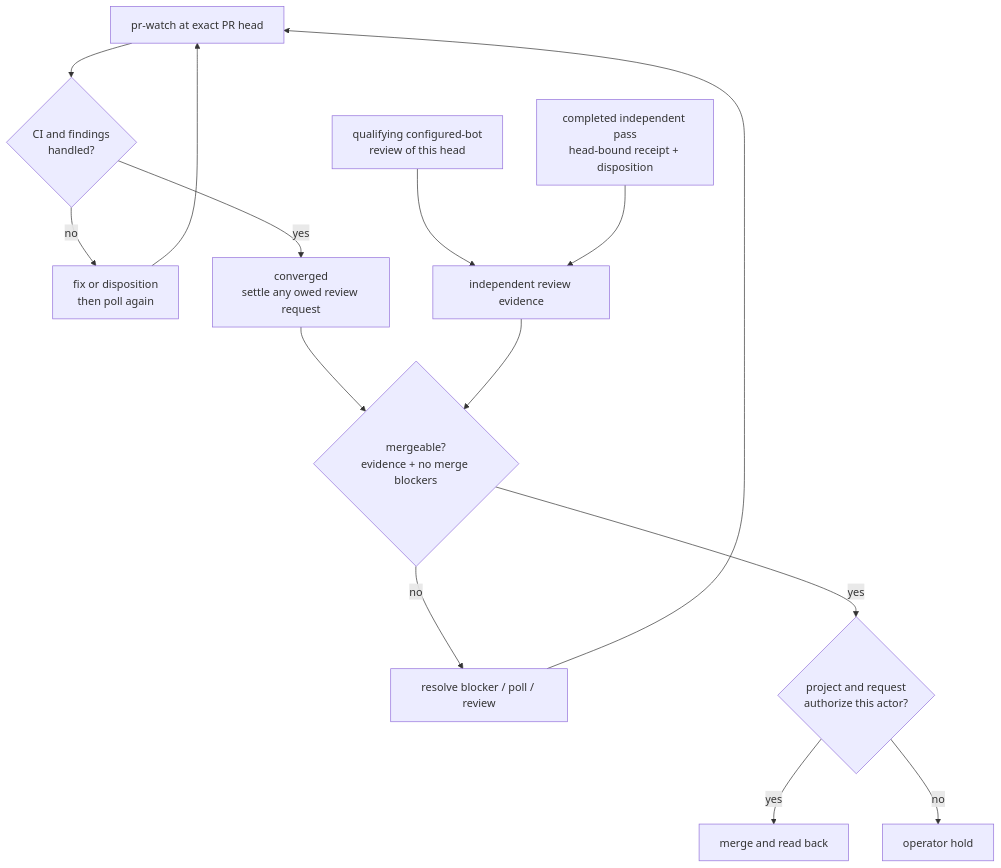
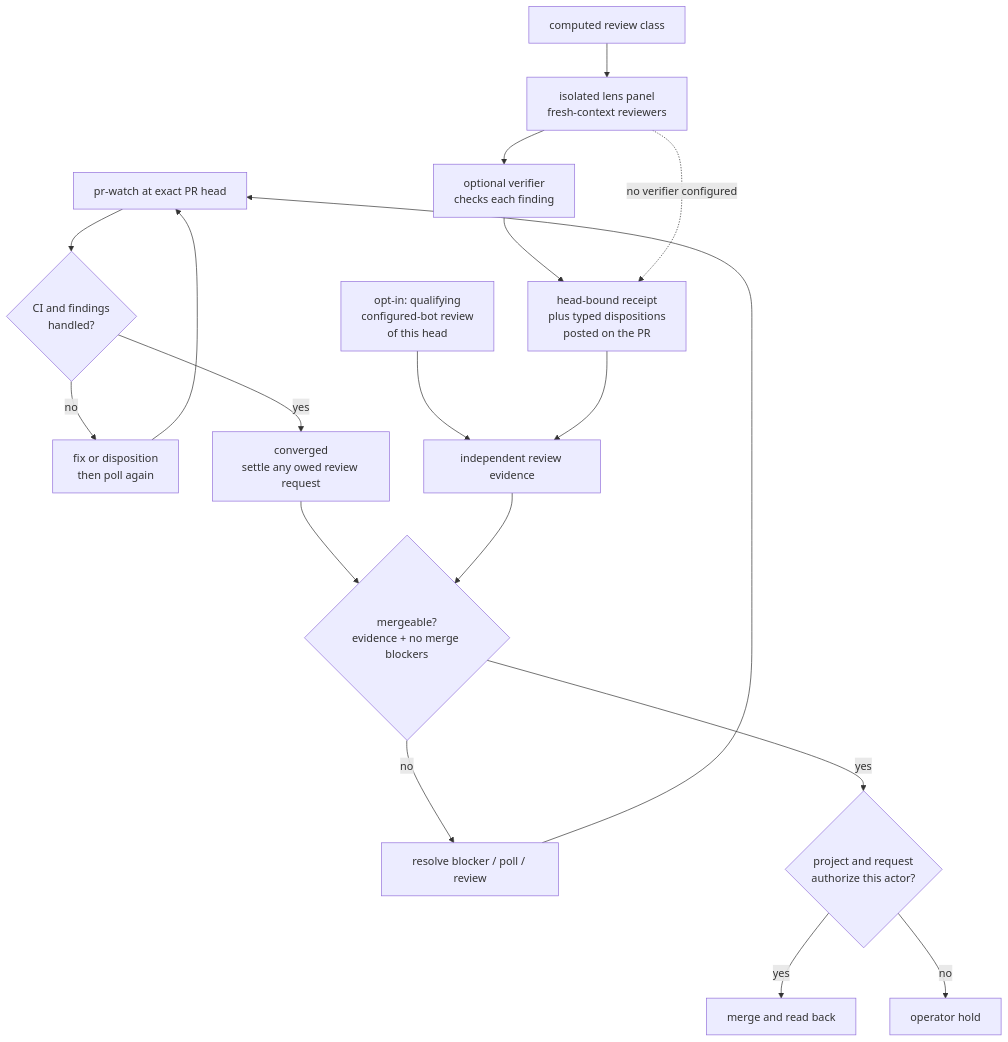
One commit to topij/agentic-dev-kit changed the third of 6 diagrams in docs/architecture.md. Above: the diagram before and after it, drawn with Mermaid. The commit also changed other lines of this file and 6 other files, not shown here.

First line of the commit message:
docs: bring reader guides and diagrams up to date with lane, review and cleanup work (#1295)

````diff
--- a/docs/architecture.md
+++ b/docs/architecture.md
@@ -131,16 +136,20 @@
 ```mermaid
 flowchart TB
     Poll["pr-watch at exact PR head"] --> Loop{"CI and findings<br/>handled?"}
     Loop -->|no| Repair["fix or disposition<br/>then poll again"]
     Repair --> Poll
     Loop -->|yes| Converged["converged<br/>settle any owed review request"]
-    Bot["qualifying configured-bot<br/>review of this head"] --> Evidence["independent review evidence"]
-    Receipt["completed independent pass<br/>head-bound receipt + disposition"] --> Evidence
+    Bot["opt-in: qualifying<br/>configured-bot review<br/>of this head"] --> Evidence["independent review evidence"]
+    Class["computed review class"] --> Lenses["isolated lens panel<br/>fresh-context reviewers"]
+    Lenses --> Verifier["optional verifier<br/>checks each finding"]
+    Verifier --> Receipt["head-bound receipt<br/>plus typed dispositions<br/>posted on the PR"]
+    Lenses -.->|no verifier configured| Receipt
+    Receipt --> Evidence
     Converged --> Gate{"mergeable?<br/>evidence + no merge blockers"}
     Evidence --> Gate
     Gate -->|no| Block["resolve blocker / poll / review"]
     Block --> Poll
     Gate -->|yes| Authority{"project and request<br/>authorize this actor?"}
     Authority -->|yes| Merge["merge and read back"]
     Authority -->|no| Hold["operator hold"]
 ```
````
